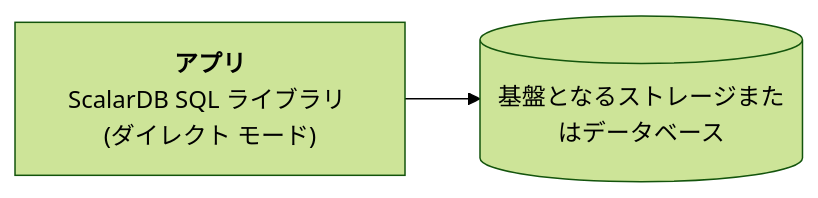
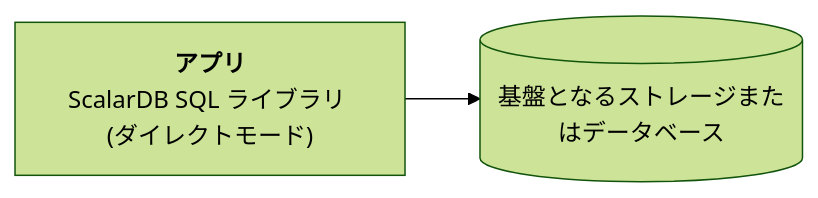
Before and after one commit to scalar-labs/docs-scalardl: the fourth of 4 diagrams in i18n/versioned_docs/ja-jp/docusaurus-plugin-content-docs/current/scalar-kubernetes/ProductionChecklistForScalarDBCluster.mdx, drawn with Mermaid (forest theme). The commit also changed other lines of this file and 44 other files, not shown here.

````diff
--- a/i18n/versioned_docs/ja-jp/docusaurus-plugin-content-docs/current/scalar-kubernetes/ProductionChecklistForScalarDBCluster.mdx
+++ b/i18n/versioned_docs/ja-jp/docusaurus-plugin-content-docs/current/scalar-kubernetes/ProductionChecklistForScalarDBCluster.mdx
@@ -124,6 +125,6 @@
 ```mermaid
 flowchart LR
-  app["<b>アプリ</b><br />ScalarDB SQL ライブラリ (ダイレクト モード)"]
+  app["<b>アプリ</b><br />ScalarDB SQL ライブラリ (ダイレクトモード)"]
   db[(基盤となるストレージまたはデータベース)]
   app --> db
 ```
````
